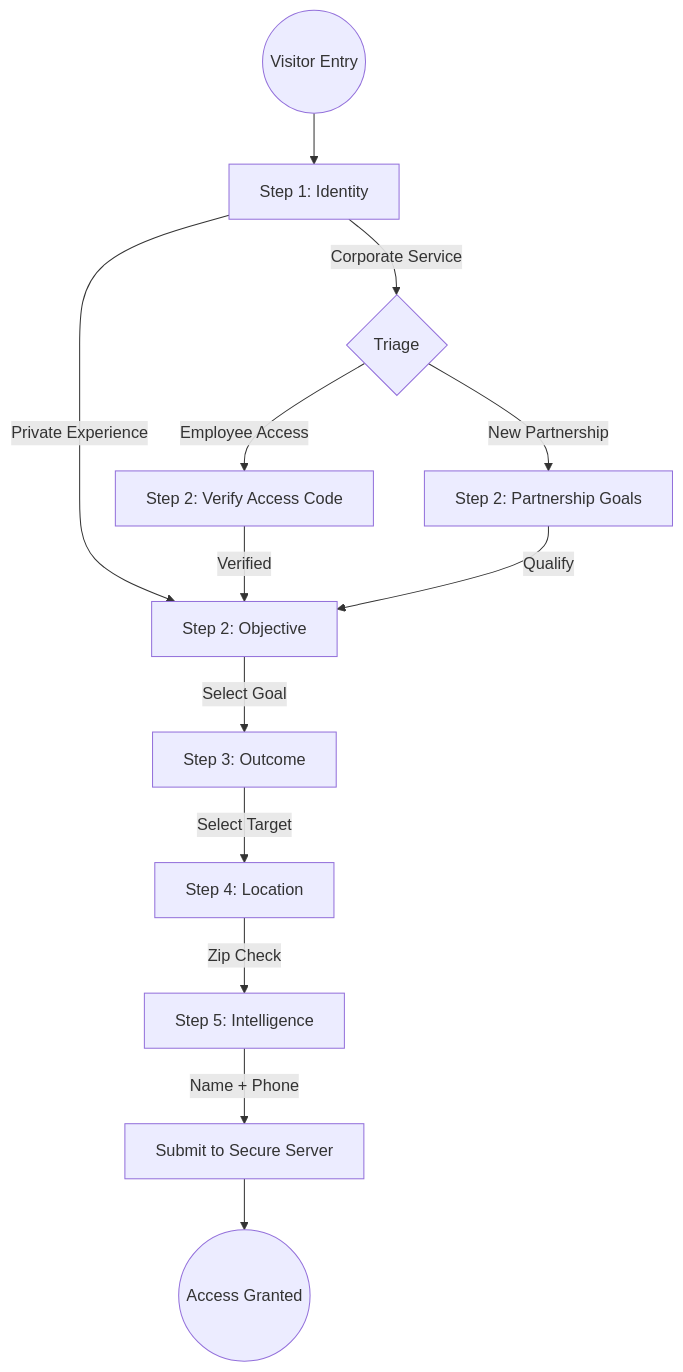
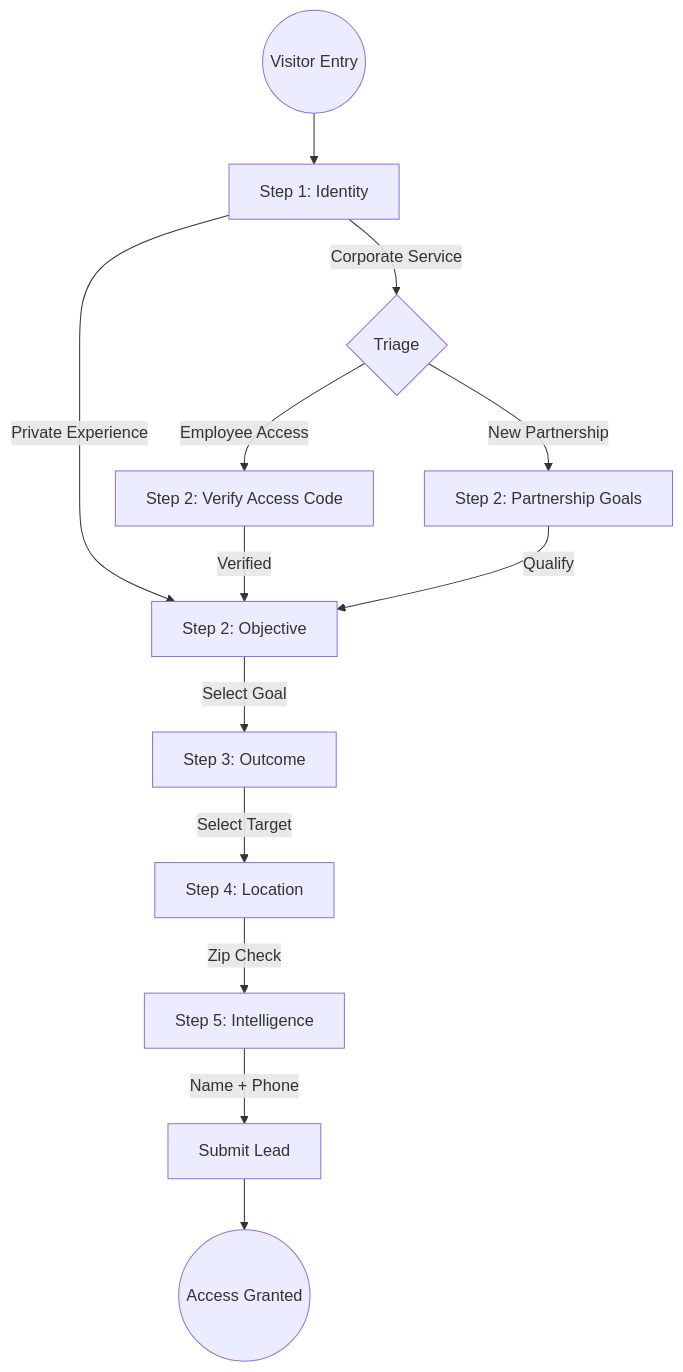
Before and after one commit to RCorbz/AxisPremierCare: the diagram in docs/04_user_flow_architecture.md, drawn with Mermaid. The commit also changed 1 other file, not shown here.

Commit message:
Snapshot: Optimized dual corporate flow logic before AI Concierge UI pivot

````diff
--- a/docs/04_user_flow_architecture.md
+++ b/docs/04_user_flow_architecture.md
@@ -6,21 +6,20 @@
 ```mermaid
 graph TD
-    Start((Visitor Entry)) --> Step1UI[Step 1: Identity]
+    Start((Visitor Entry)) --> Step1[Step 1: Identity]
     
-    Step1UI -->|Private Experience| Step2Priv[Step 2: Objective]
+    Step1 -->|Private Experience| Step2Priv[Step 2: Objective]
     
-    Step1UI -->|Corporate Service| CorpBranch{Triage}
+    Step1 -->|Corporate Service| CorpBranch{Triage}
     CorpBranch -->|New Partnership| Step2CorpNew[Step 2: Partnership Goals]
     CorpBranch -->|Employee Access| Step2CorpEmp[Step 2: Verify Access Code]
     
     Step2CorpEmp -->|Verified| Step2Priv
     Step2CorpNew -->|Qualify| Step2Priv
     
     Step2Priv -->|Select Goal| Step3[Step 3: Outcome]
     Step3 -->|Select Target| Step4[Step 4: Location]
-    
     Step4 -->|Zip Check| Step5[Step 5: Intelligence]
     
-    Step5 -->|Name + Phone| Submit[Submit to Secure Server]
+    Step5 -->|Name + Phone| Submit[Submit Lead]
     Submit --> Success((Access Granted))
 ```
````
